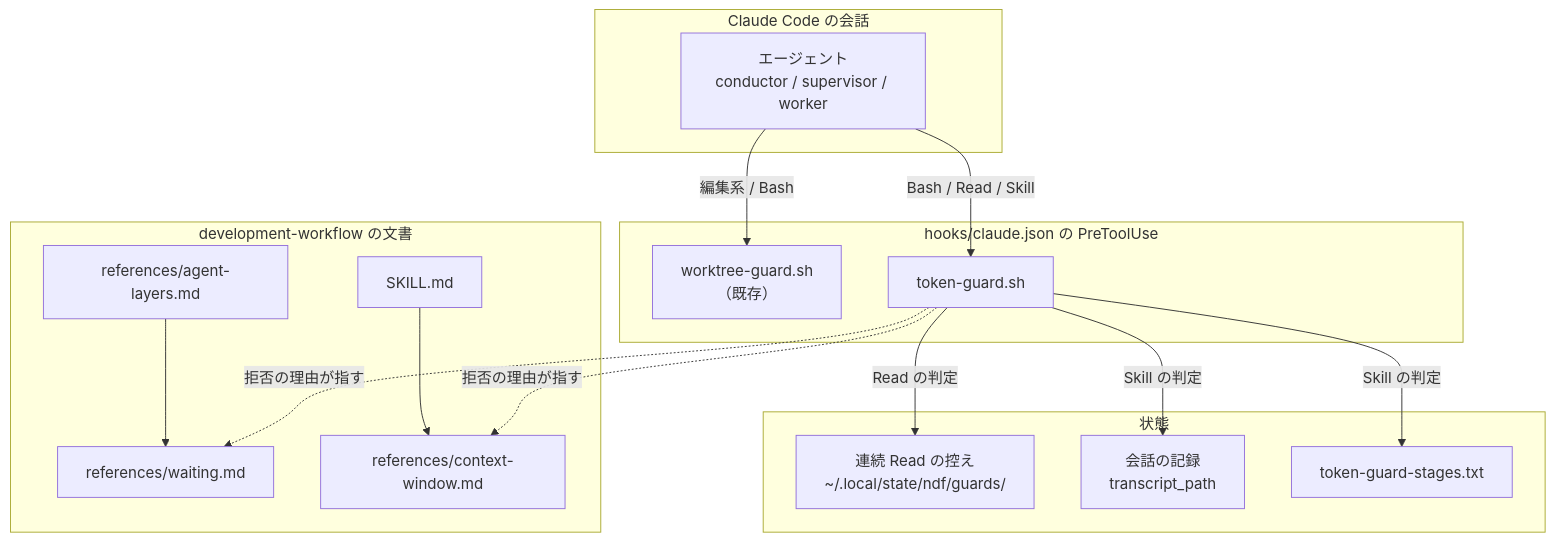
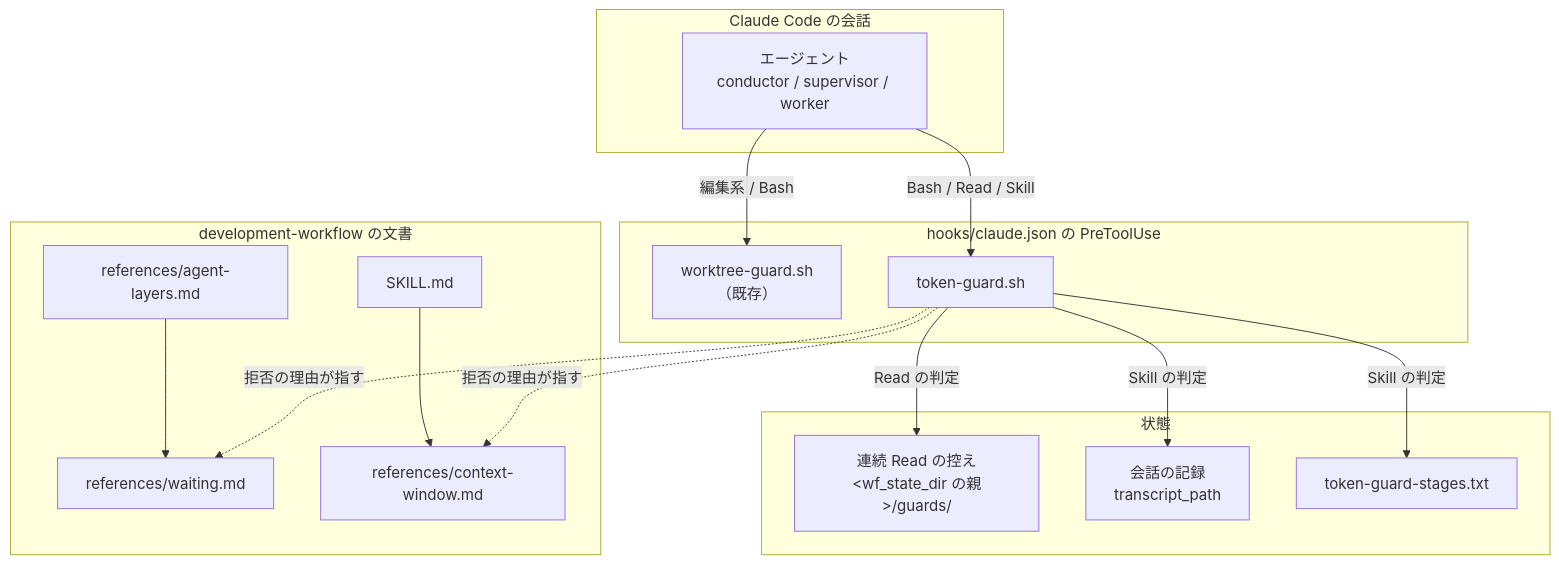
Before and after one commit to devbasex/ai-plugins: the first of 3 diagrams in issues/issue-829-830-design.md, drawn with Mermaid. The commit also changed other lines of this file and 1 other file, not shown here.

````diff
--- a/issues/issue-829-830-design.md
+++ b/issues/issue-829-830-design.md
@@ -46,30 +46,30 @@
 ```mermaid
 graph TB
   subgraph CC["Claude Code の会話"]
     AG["エージェント<br/>conductor / supervisor / worker"]
   end
   subgraph HK["hooks/claude.json の PreToolUse"]
     WG["worktree-guard.sh<br/>（既存）"]
     TG["token-guard.sh"]
   end
   subgraph ST["状態"]
-    RS["連続 Read の控え<br/>~/.local/state/ndf/guards/"]
+    RS["連続 Read の控え<br/>#lt;wf_state_dir の親#gt;/guards/"]
     TR["会話の記録<br/>transcript_path"]
     SL["token-guard-stages.txt"]
   end
   subgraph DOC["development-workflow の文書"]
     WT["references/waiting.md"]
     CW["references/context-window.md"]
     AL["references/agent-layers.md"]
     SK["SKILL.md"]
   end
   AG -->|"Bash / Read / Skill"| TG
   AG -->|"編集系 / Bash"| WG
   TG -->|"Read の判定"| RS
   TG -->|"Skill の判定"| TR
   TG -->|"Skill の判定"| SL
   TG -. "拒否の理由が指す" .-> WT
   TG -. "拒否の理由が指す" .-> CW
   AL --> WT
   SK --> CW
 ```
````
